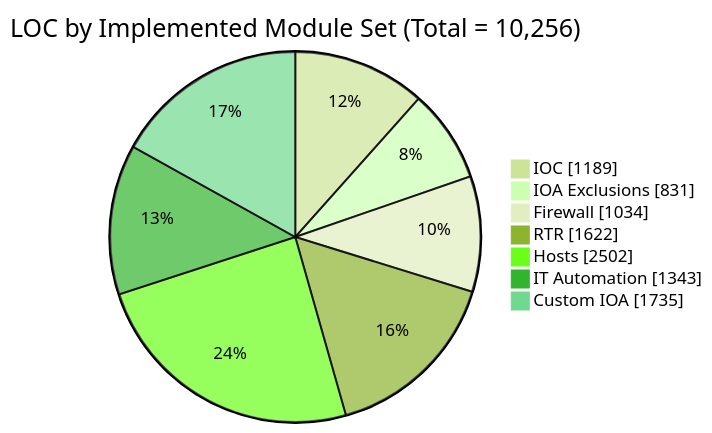
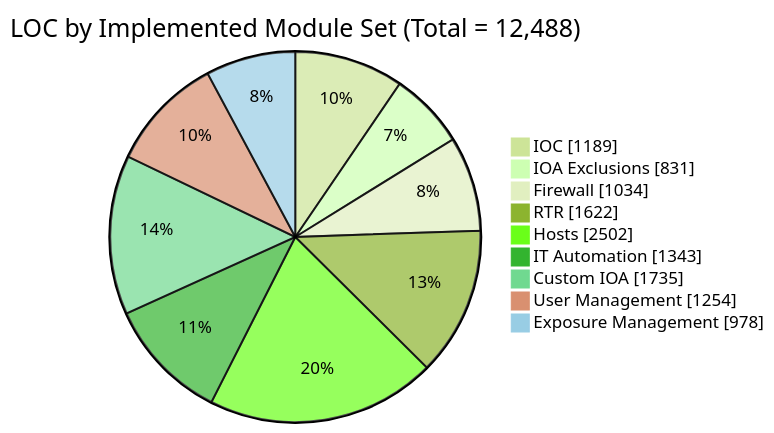
Before and after one commit to OIFhax/falcon-mcp: the first of 3 diagrams in docs/development/module_loc_summary.md, drawn with Mermaid (forest theme). The commit also changed other lines of this file, not shown here.

Commit message:
Update LOC presentation for new modules

````diff
--- a/docs/development/module_loc_summary.md
+++ b/docs/development/module_loc_summary.md
@@ -41,11 +43,13 @@
 ```mermaid
 pie showData
-    title LOC by Implemented Module Set (Total = 10,256)
+    title LOC by Implemented Module Set (Total = 12,488)
     "IOC" : 1189
     "IOA Exclusions" : 831
     "Firewall" : 1034
     "RTR" : 1622
     "Hosts" : 2502
     "IT Automation" : 1343
     "Custom IOA" : 1735
+    "User Management" : 1254
+    "Exposure Management" : 978
 ```
````
